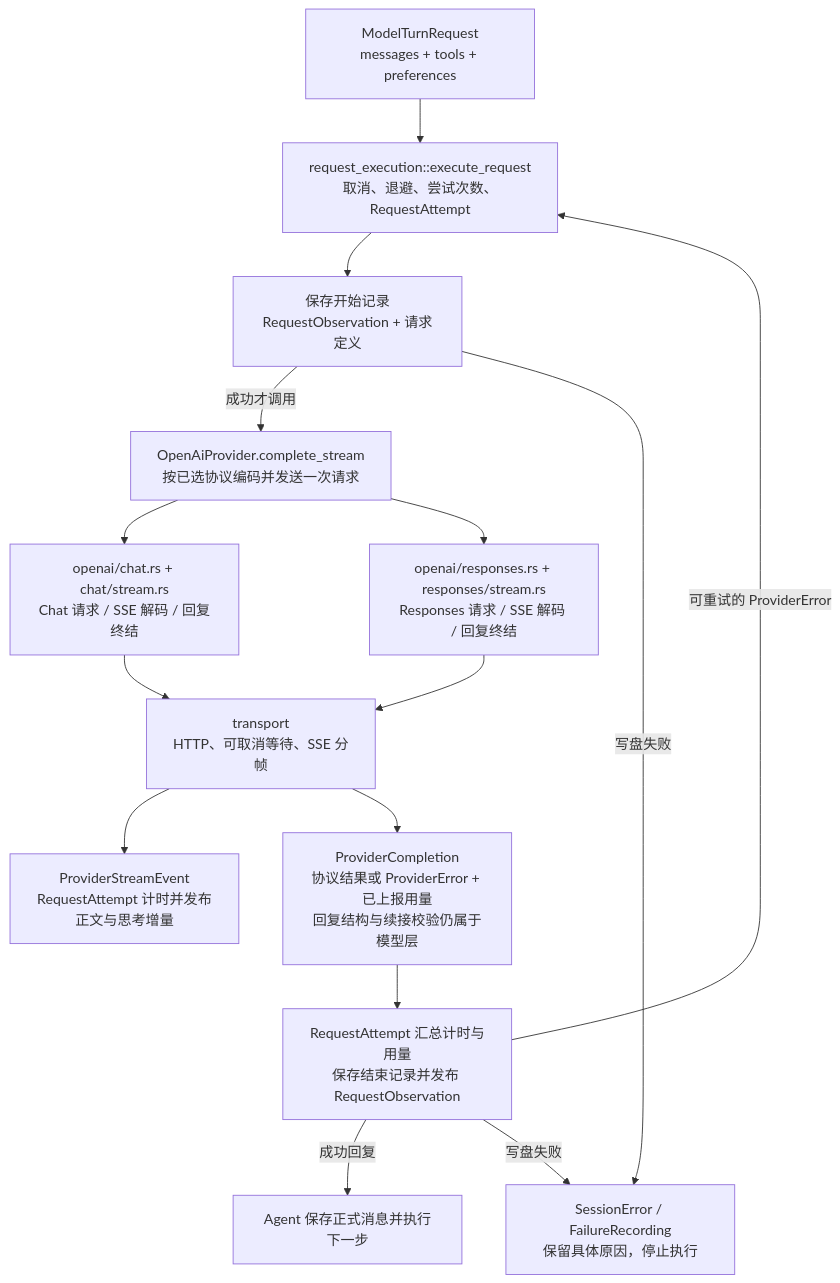
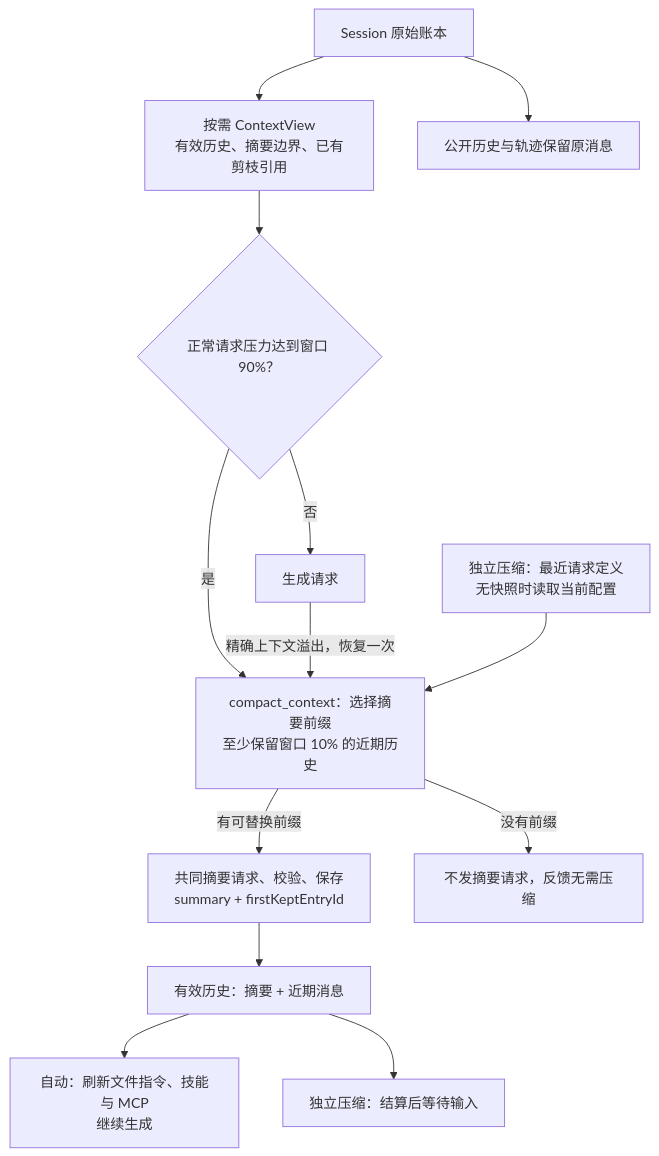
One commit to qjcnmd/singularity-agent changed diagram 12 of 14 in docs/architecture.md. Above: the diagram before and after it, drawn with Mermaid. The commit also changed other lines of this file and 9 other files, not shown here.

````diff
--- a/docs/architecture.md
+++ b/docs/architecture.md
@@ -537,17 +379,15 @@
 ```mermaid
 flowchart TB
-    Request["ModelTurnRequest<br/>messages + tools + preferences"] --> Retry["request_execution::execute_request<br/>取消、退避、尝试次数、RequestAttempt"]
-    Retry --> Start["保存开始记录<br/>RequestObservation + 请求定义"]
-    Start -->|"成功才调用"| Provider["OpenAiProvider.complete_stream<br/>按已选协议编码并发送一次请求"]
-    Provider --> Chat["openai/chat.rs + chat/stream.rs<br/>Chat 请求 / SSE 解码 / 回复终结"]
-    Provider --> Responses["openai/responses.rs + responses/stream.rs<br/>Responses 请求 / SSE 解码 / 回复终结"]
-    Chat --> Transport["transport<br/>HTTP、可取消等待、SSE 分帧"]
-    Responses --> Transport
-    Transport --> Deltas["ProviderStreamEvent<br/>RequestAttempt 计时并发布正文与思考增量"]
-    Transport --> Completion["ProviderCompletion<br/>协议结果或 ProviderError + 已上报用量<br/>回复结构与续接校验仍属于模型层"]
-    Completion --> Finish["RequestAttempt 汇总计时与用量<br/>保存结束记录并发布 RequestObservation"]
-    Finish -->|"成功回复"| Agent["Agent 保存正式消息并执行下一步"]
-    Finish -->|"可重试的 ProviderError"| Retry
-    Start -->|"写盘失败"| StorageError["SessionError / FailureRecording<br/>保留具体原因，停止执行"]
-    Finish -->|"写盘失败"| StorageError
+    Log["Session 原始账本"] --> Context["按需 ContextView<br/>有效历史、摘要边界、已有剪枝引用"]
+    Context --> Pressure{"正常请求压力达到窗口 90%？"}
+    Pressure -->|"否"| Send["生成请求"]
+    Pressure -->|"是"| Compact["compact_context：选择摘要前缀<br/>至少保留窗口 10% 的近期历史"]
+    Send -->|"精确上下文溢出，恢复一次"| Compact
+    Manual["独立压缩：最近请求定义<br/>无快照时读取当前配置"] --> Compact
+    Compact -->|"有可替换前缀"| Summary["共同摘要请求、校验、保存<br/>summary + firstKeptEntryId"]
+    Compact -->|"没有前缀"| Noop["不发摘要请求，反馈无需压缩"]
+    Summary --> Rebuild["有效历史：摘要 + 近期消息"]
+    Rebuild --> Auto["自动：刷新文件指令、技能与 MCP<br/>继续生成"]
+    Rebuild --> Idle["独立压缩：结算后等待输入"]
+    Log --> Public["公开历史与轨迹保留原消息"]
 ```
````
